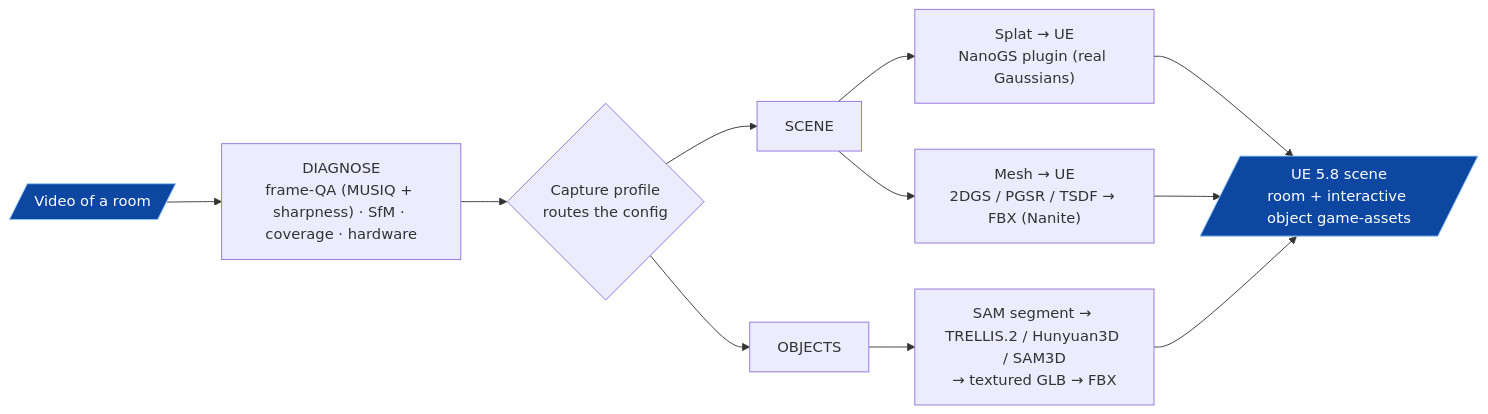
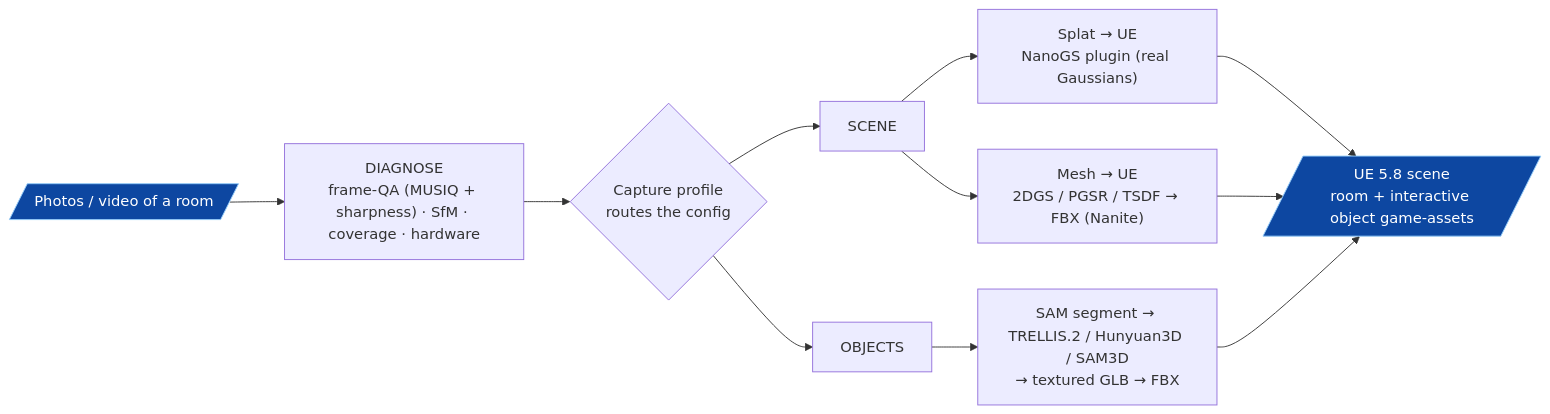
One commit to ArtechShadow/Vitrine changed the first of 3 diagrams in README.md. Above: the diagram before and after it, drawn with Mermaid. The commit also changed other lines of this file and 35 other files, not shown here.

````diff
--- a/README.md
+++ b/README.md
@@ -32,19 +40,19 @@
 ```mermaid
 flowchart LR
-    V[/"Video of a room"/] --> DIAG["DIAGNOSE<br/>frame-QA (MUSIQ + sharpness) · SfM · coverage · hardware"]
+    V[/"Photos / video of a room"/] --> DIAG["DIAGNOSE<br/>frame-QA (MUSIQ + sharpness) · SfM · coverage · hardware"]
     DIAG --> ROUTE{Capture profile<br/>routes the config}
 
     ROUTE --> SCENE[SCENE]
     ROUTE --> OBJ[OBJECTS]
 
     SCENE --> SP["Splat → UE<br/>NanoGS plugin (real Gaussians)"]
     SCENE --> ME["Mesh → UE<br/>2DGS / PGSR / TSDF → FBX (Nanite)"]
     OBJ --> OR["SAM segment → TRELLIS.2 / Hunyuan3D / SAM3D<br/>→ textured GLB → FBX"]
 
     SP --> UE[/"UE 5.8 scene<br/>room + interactive object game-assets"/]
     ME --> UE
     OR --> UE
 
     classDef io fill:#0d47a1,stroke:#90caf9,color:#fff
     class V,UE io
 ```
````
